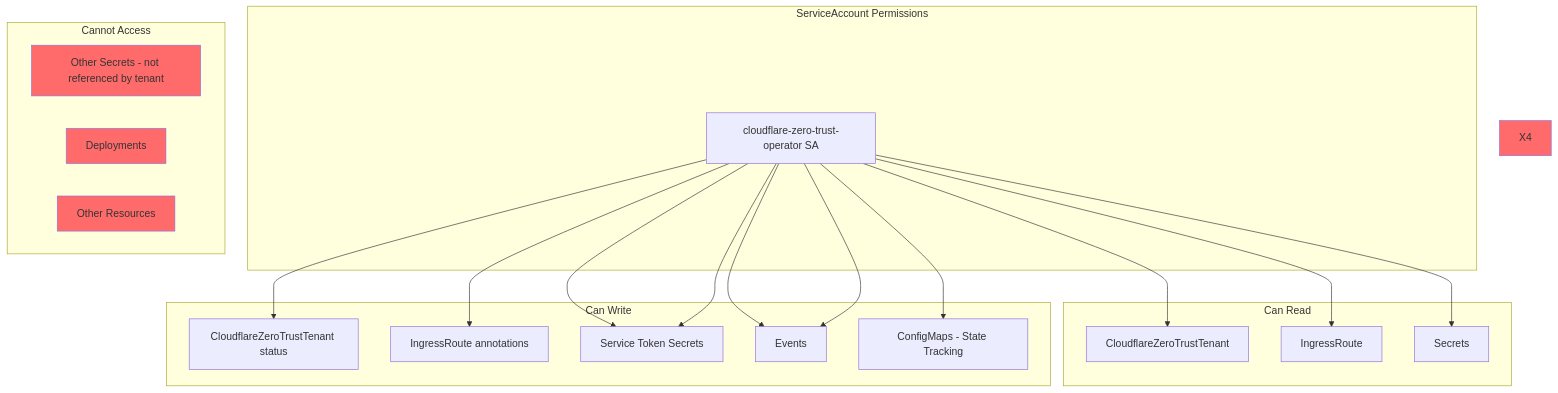
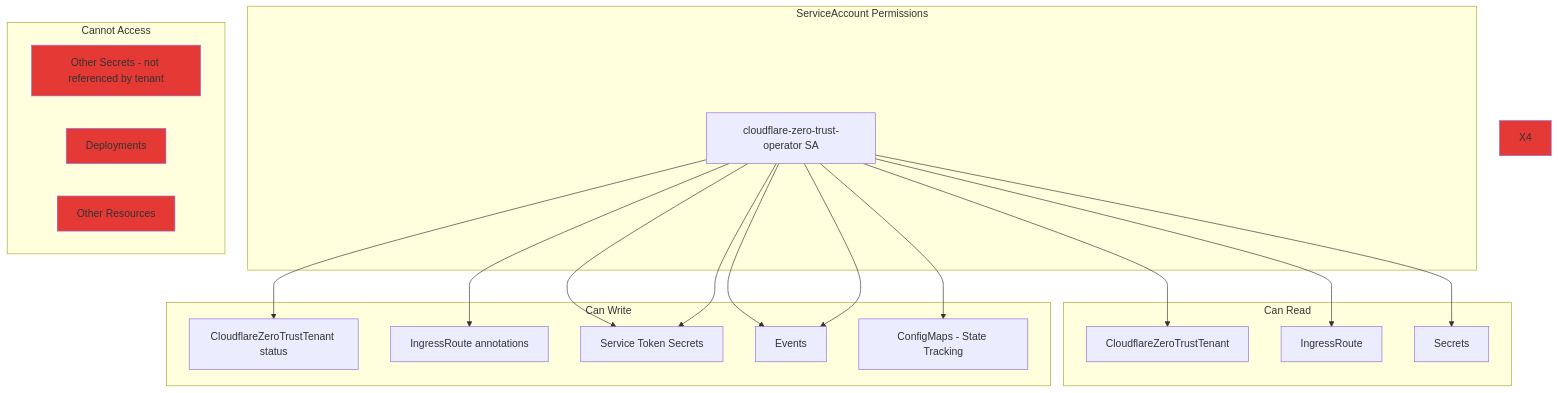
One commit to wheetazlab/cloudflare-zero-trust-operator changed diagram 12 of 16 in docs/architecture.md. Above: the diagram before and after it, drawn with Mermaid. The commit also changed other lines of this file and 1 other file, not shown here.

First line of the commit message:
fix: Replace light colors in mermaid diagrams with darker, more readable colors

````diff
--- a/docs/architecture.md
+++ b/docs/architecture.md
@@ -710,42 +710,42 @@
 ```mermaid
 graph TB
     subgraph "ServiceAccount Permissions"
         SA[cloudflare-zero-trust-operator SA]
     end
     
     subgraph "Can Read"
         R1[CloudflareZeroTrustTenant]
         R2[IngressRoute]
         R3[Secrets]
     end
     
     subgraph "Can Write"
         W1[CloudflareZeroTrustTenant status]
         W2[IngressRoute annotations]
         W3[Service Token Secrets]
         W4[Events]
         W5[ConfigMaps - State Tracking]
     end
     
     subgraph "Cannot Access"
         X1[Other Secrets - not referenced by tenant]
         X2[Deployments]
         X3[Other Resources]
     end
     
     SA --> R1
     SA --> R2
     SA --> R3
     SA --> W1
     SA --> W2
     SA --> W3
     SA --> W4
     SA --> W5
     SA --> W3
     SA --> W4
     
-    style X1 fill:#FF6B6B
-    style X2 fill:#FF6B6B
-    style X3 fill:#FF6B6B
-    style X4 fill:#FF6B6B
+    style X1 fill:#E53935
+    style X2 fill:#E53935
+    style X3 fill:#E53935
+    style X4 fill:#E53935
 ```
````
